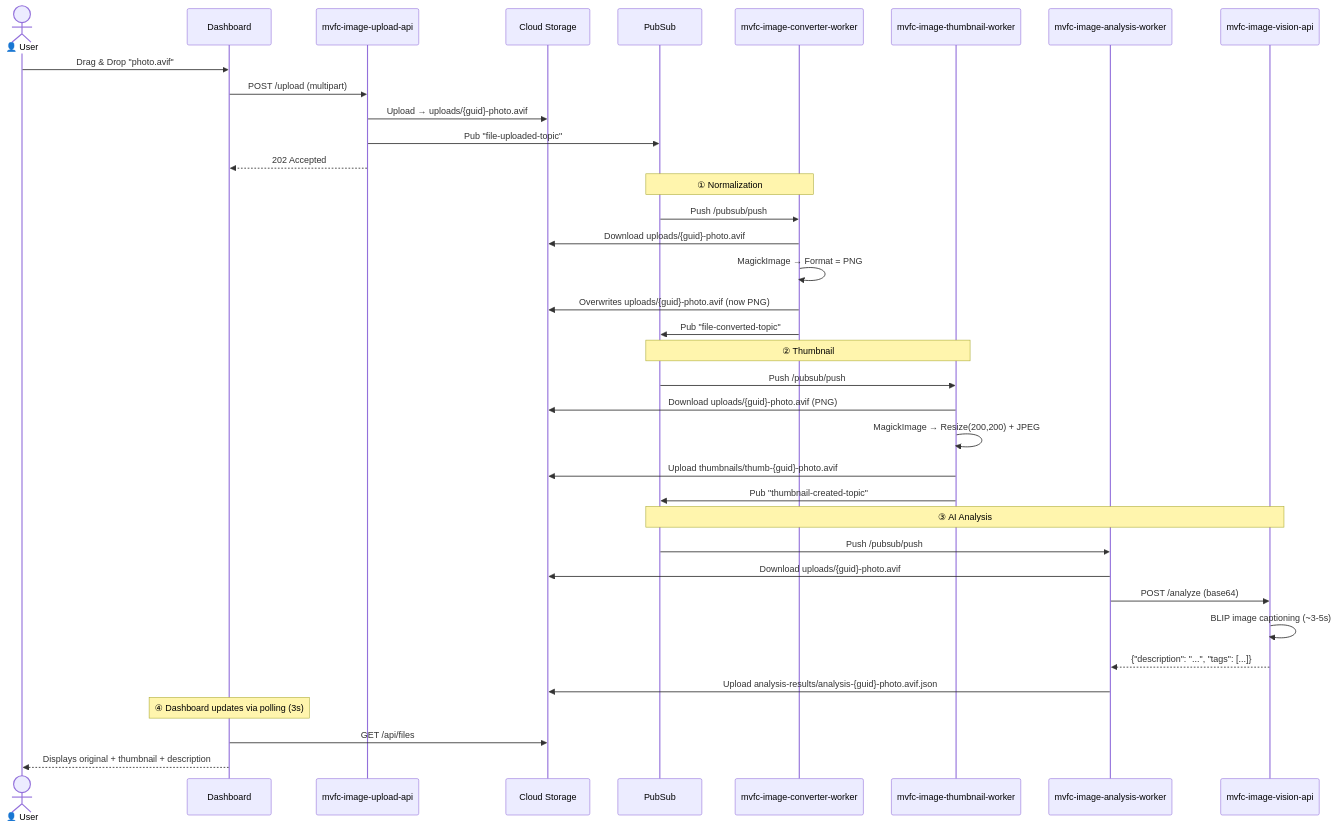
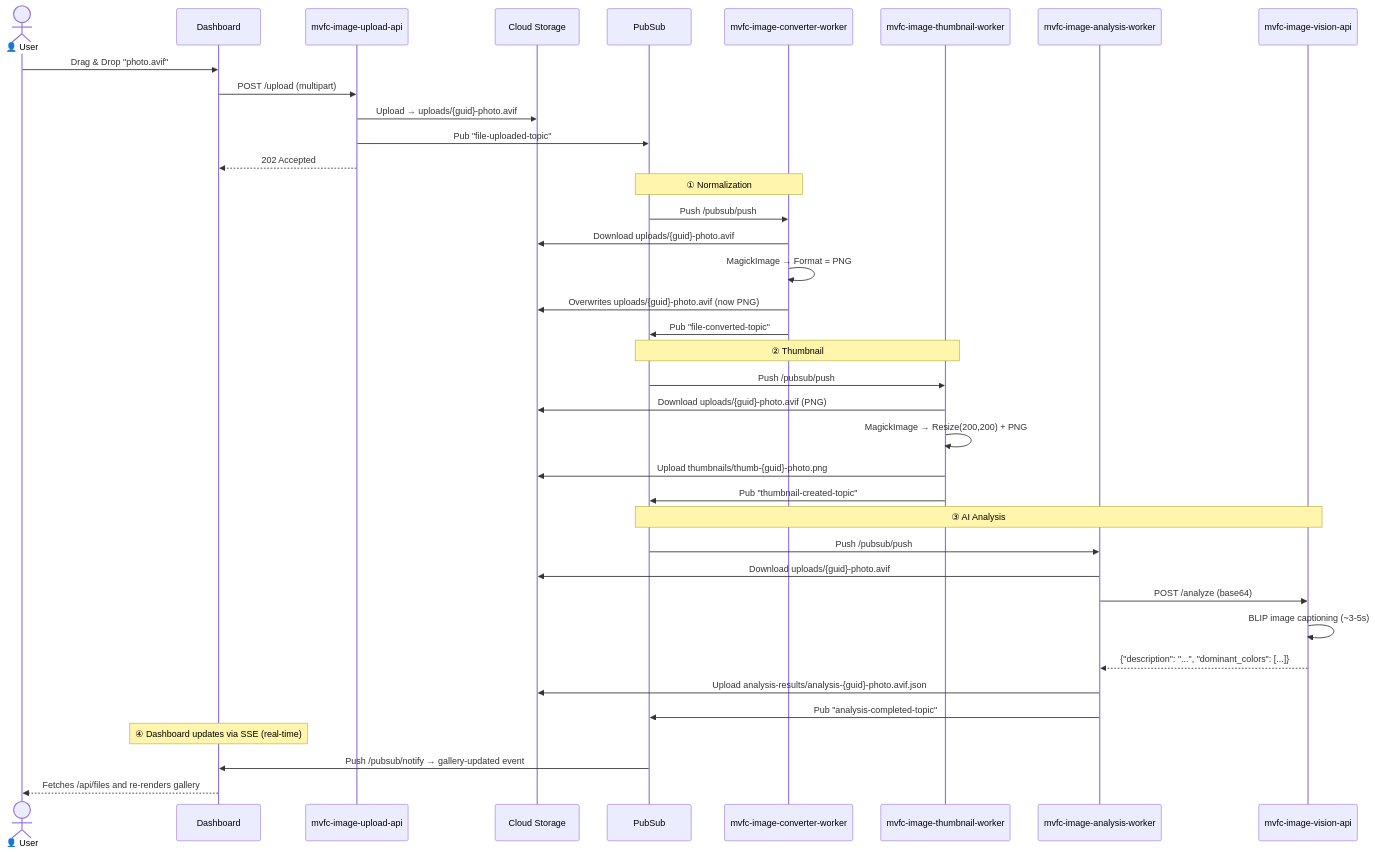
The second of 5 diagrams in README.md (Marcus-V-Freitas/MVFC.ImageProcessing), drawn with Mermaid before and after one commit. The commit also changed other lines of this file and 60 other files, not shown here.

First line of the commit message:
feat: introduce real-time SSE dashboard updates and relax upload validation

````diff
--- a/README.md
+++ b/README.md
@@ -131,47 +132,48 @@
 ```mermaid
 sequenceDiagram
     actor U as 👤 User
     participant D as Dashboard
     participant API as mvfc-image-upload-api
     participant GCS as Cloud Storage
     participant PS as PubSub
     participant CONV as mvfc-image-converter-worker
     participant TW as mvfc-image-thumbnail-worker
     participant IA as mvfc-image-analysis-worker
     participant VA as mvfc-image-vision-api
 
     U->>D: Drag & Drop "photo.avif"
     D->>API: POST /upload (multipart)
     API->>GCS: Upload → uploads/{guid}-photo.avif
     API->>PS: Pub "file-uploaded-topic"
     API-->>D: 202 Accepted
 
     Note over PS,CONV: ① Normalization
 
     PS->>CONV: Push /pubsub/push
     CONV->>GCS: Download uploads/{guid}-photo.avif
     CONV->>CONV: MagickImage → Format = PNG
     CONV->>GCS: Overwrites uploads/{guid}-photo.avif (now PNG)
     CONV->>PS: Pub "file-converted-topic"
 
     Note over PS,TW: ② Thumbnail
 
     PS->>TW: Push /pubsub/push
     TW->>GCS: Download uploads/{guid}-photo.avif (PNG)
-    TW->>TW: MagickImage → Resize(200,200) + JPEG
-    TW->>GCS: Upload thumbnails/thumb-{guid}-photo.avif
+    TW->>TW: MagickImage → Resize(200,200) + PNG
+    TW->>GCS: Upload thumbnails/thumb-{guid}-photo.png
     TW->>PS: Pub "thumbnail-created-topic"
 
     Note over PS,VA: ③ AI Analysis
 
     PS->>IA: Push /pubsub/push
     IA->>GCS: Download uploads/{guid}-photo.avif
     IA->>VA: POST /analyze (base64)
     VA->>VA: BLIP image captioning (~3-5s)
-    VA-->>IA: {"description": "...", "tags": [...]}
+    VA-->>IA: {"description": "...", "dominant_colors": [...]}
     IA->>GCS: Upload analysis-results/analysis-{guid}-photo.avif.json
+    IA->>PS: Pub "analysis-completed-topic"
 
-    Note over D: ④ Dashboard updates via polling (3s)
-    D->>GCS: GET /api/files
-    D-->>U: Displays original + thumbnail + description
+    Note over D: ④ Dashboard updates via SSE (real-time)
+    PS->>D: Push /pubsub/notify → gallery-updated event
+    D-->>U: Fetches /api/files and re-renders gallery
 ```
````
